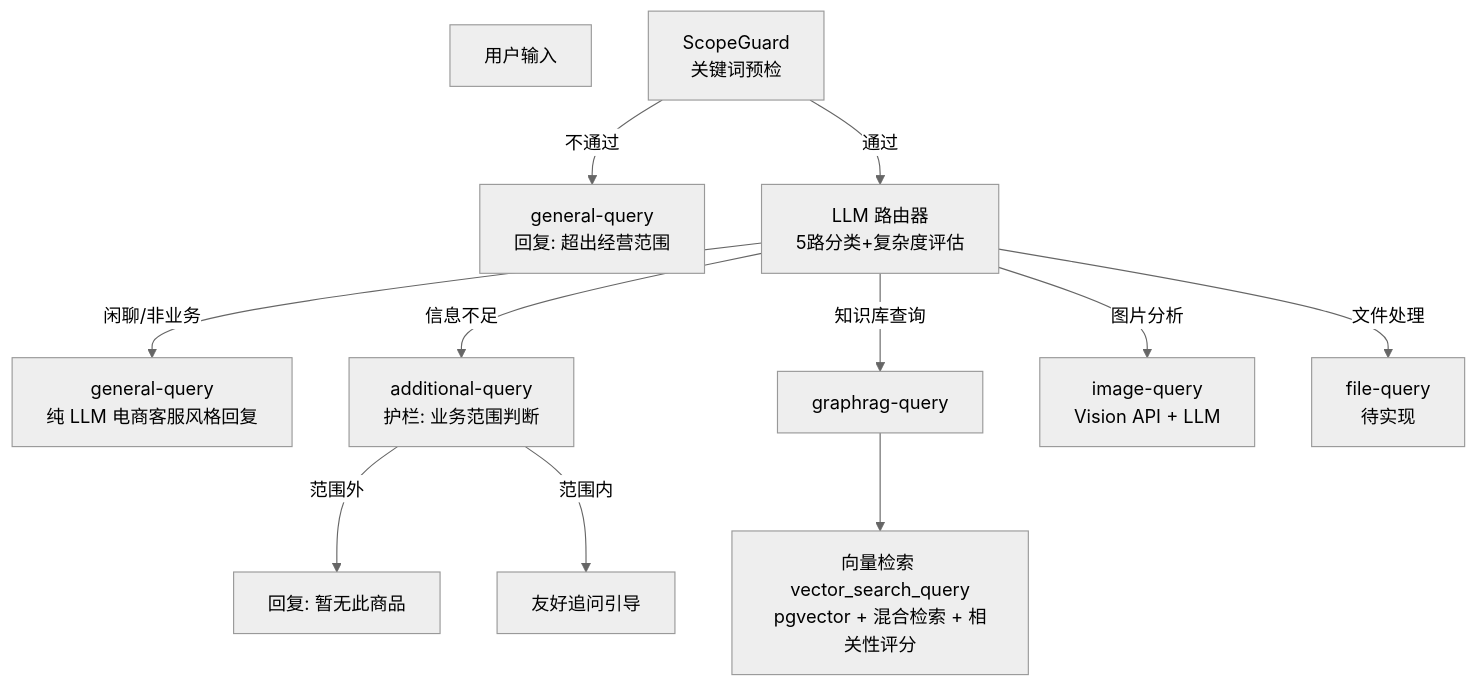
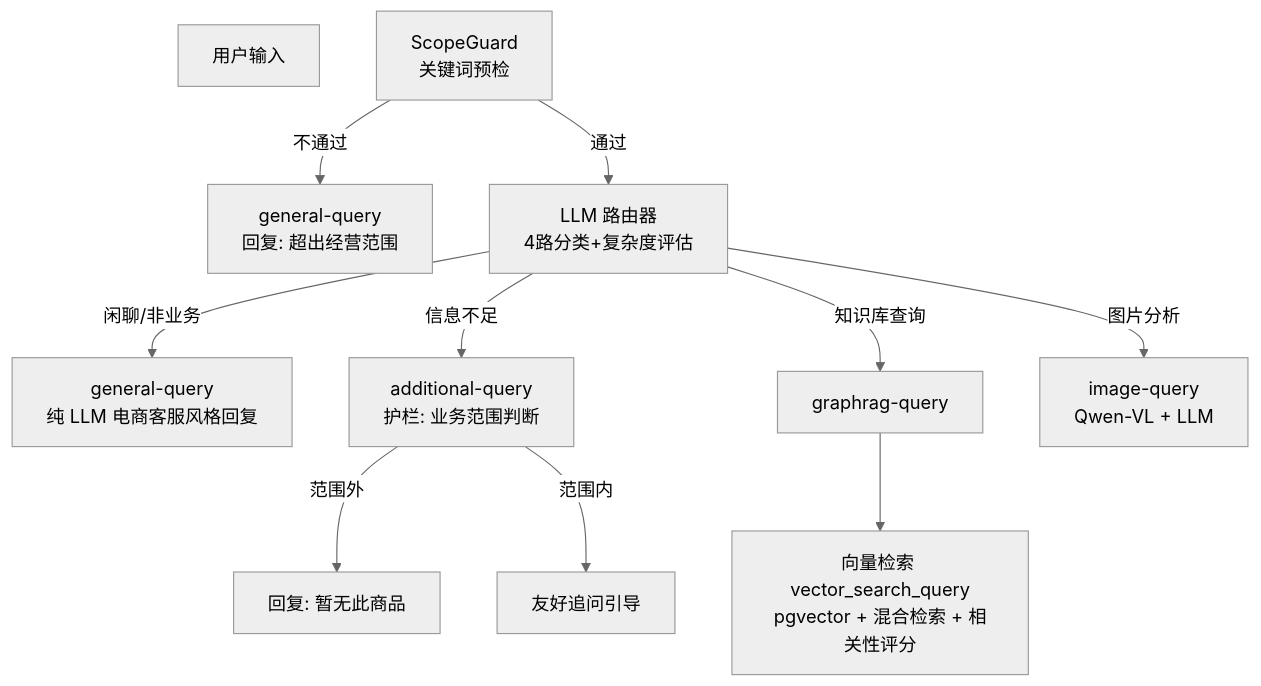
The eighth of 10 diagrams in docs/PROJECT_ANALYSIS.md (blowt16/SmartCS-Agent), drawn with Mermaid (neutral theme) before and after one commit. The commit also changed other lines of this file, not shown here.

````diff
--- a/docs/PROJECT_ANALYSIS.md
+++ b/docs/PROJECT_ANALYSIS.md
@@ -505,17 +501,16 @@
 ```mermaid
 flowchart TD
     Q["用户输入"]
     SG["ScopeGuard<br/>关键词预检"]
     SG -->|不通过| GEN["general-query<br/>回复: 超出经营范围"]
-    SG -->|通过| ROUTER["LLM 路由器<br/>5路分类+复杂度评估"]
+    SG -->|通过| ROUTER["LLM 路由器<br/>4路分类+复杂度评估"]
 
     ROUTER -->|"闲聊/非业务"| GEN2["general-query<br/>纯 LLM 电商客服风格回复"]
     ROUTER -->|"信息不足"| ADD["additional-query<br/>护栏: 业务范围判断"]
     ADD -->|"范围外"| REJECT["回复: 暂无此商品"]
     ADD -->|"范围内"| ASK["友好追问引导"]
     ROUTER -->|"知识库查询"| KG["graphrag-query"]
-    ROUTER -->|"图片分析"| IMG["image-query<br/>Vision API + LLM"]
-    ROUTER -->|"文件处理"| FILE["file-query<br/>待实现"]
+    ROUTER -->|"图片分析"| IMG["image-query<br/>Qwen-VL + LLM"]
 
     KG --> GRAG["向量检索 vector_search_query<br/>pgvector + 混合检索 + 相关性评分"]
 ```
````
